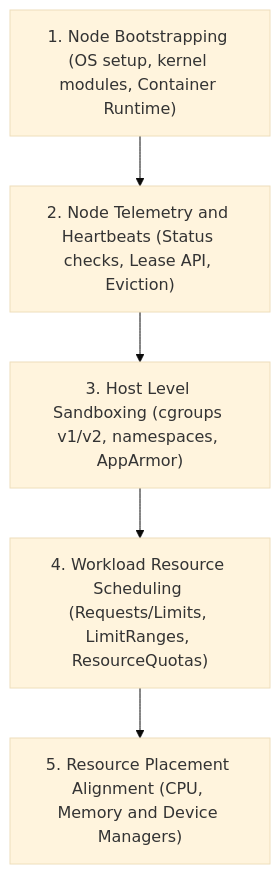
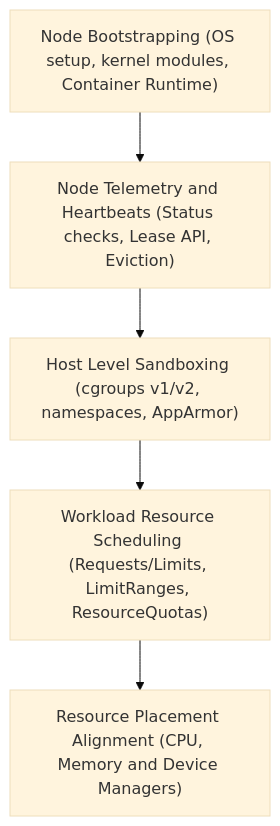
The diagram in Reference Notes/03_node_mechanics_and_resource_limits.md (kmashour/BrainDump), drawn with Mermaid (base theme) before and after one commit. The commit also changed 15 other files, not shown here.

Commit message:
docs: remove leading numbers from mermaid node labels to avoid list parsing errors

````diff
--- a/Reference Notes/03_node_mechanics_and_resource_limits.md
+++ b/Reference Notes/03_node_mechanics_and_resource_limits.md
@@ -11,7 +11,7 @@
 ```mermaid
 graph TD
-    A["1. Node Bootstrapping (OS setup, kernel modules, Container Runtime)"] --> B["2. Node Telemetry and Heartbeats (Status checks, Lease API, Eviction)"]
-    B --> C["3. Host Level Sandboxing (cgroups v1/v2, namespaces, AppArmor)"]
-    C --> D["4. Workload Resource Scheduling (Requests/Limits, LimitRanges, ResourceQuotas)"]
-    D --> E["5. Resource Placement Alignment (CPU, Memory and Device Managers)"]
+    A["Node Bootstrapping (OS setup, kernel modules, Container Runtime)"] --> B["Node Telemetry and Heartbeats (Status checks, Lease API, Eviction)"]
+    B --> C["Host Level Sandboxing (cgroups v1/v2, namespaces, AppArmor)"]
+    C --> D["Workload Resource Scheduling (Requests/Limits, LimitRanges, ResourceQuotas)"]
+    D --> E["Resource Placement Alignment (CPU, Memory and Device Managers)"]
 ```
````
